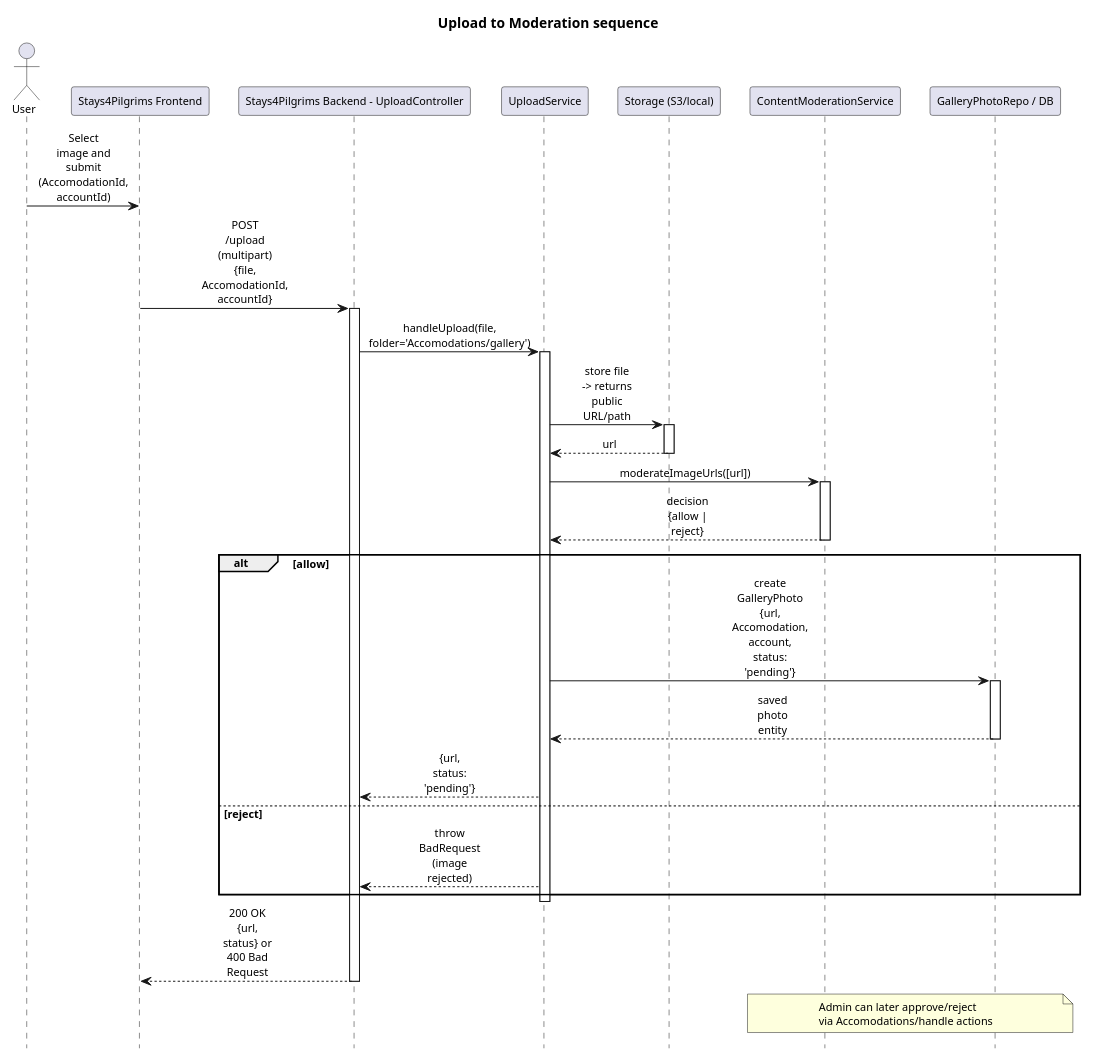
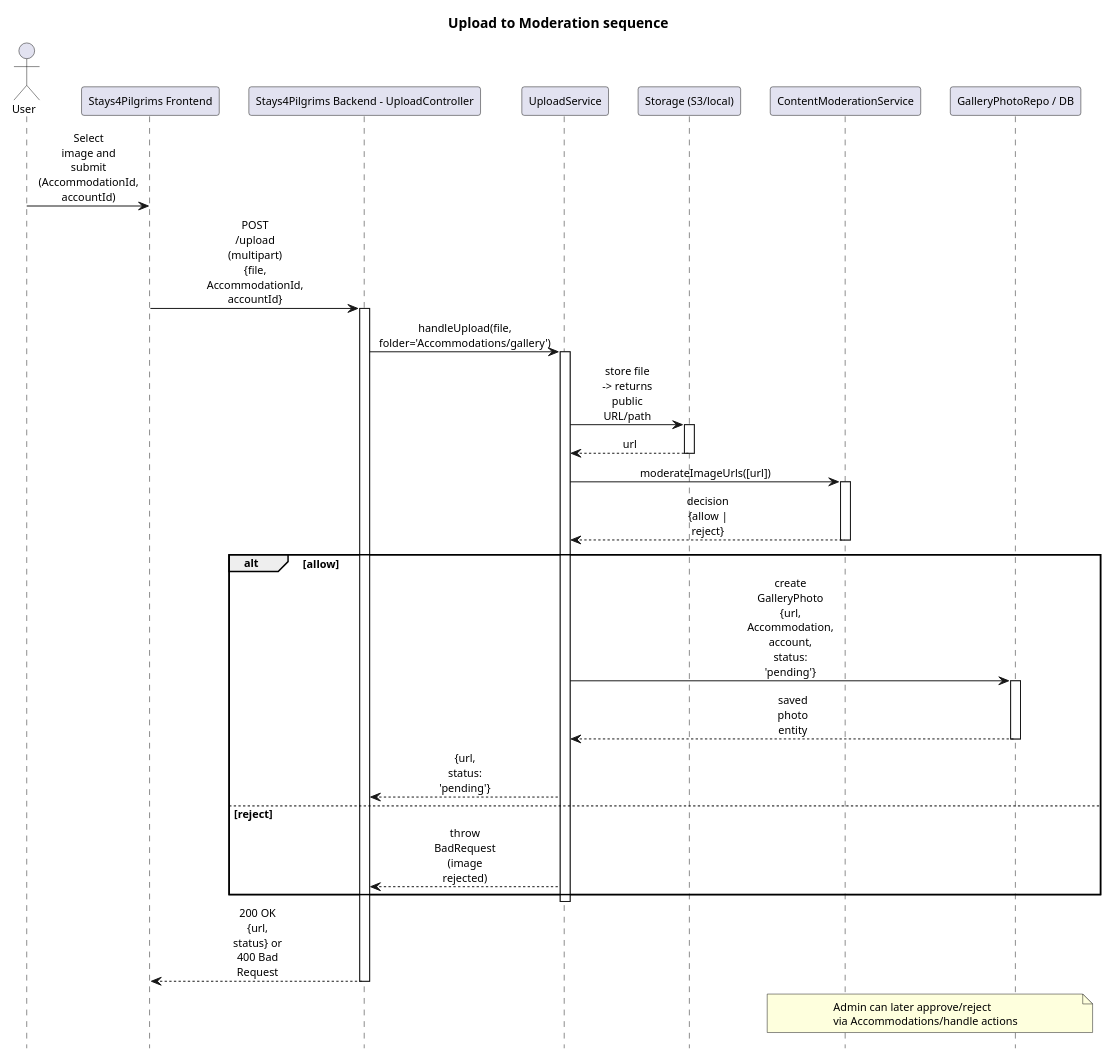
One commit to alegna83/cookbook-be changed the diagram in docs/diagrams/sequence-upload-moderation.puml. Above: the diagram before and after it, drawn with PlantUML. The commit also changed 14 other files, not shown here.

Commit message:
docs: update architecture diagrams and accommodation spelling

```diff
--- a/docs/diagrams/sequence-upload-moderation.puml
+++ b/docs/diagrams/sequence-upload-moderation.puml
@@ -1,50 +1,50 @@
 @startuml
 title Upload to Moderation sequence
 scale 0.85
 hide footbox
 skinparam defaultFontName Arial
 skinparam defaultFontSize 11
 skinparam maxMessageSize 55
 skinparam sequence {
   ParticipantPadding 10
   BoxPadding 8
   MessageAlign center
   ArrowThickness 1
 }
 actor User
 participant "Stays4Pilgrims Frontend" as FE
 participant "Stays4Pilgrims Backend - UploadController" as API
 participant "UploadService" as UP
 participant "Storage (S3/local)" as STORAGE
 participant "ContentModerationService" as MOD
 participant "GalleryPhotoRepo / DB" as GDB
 
-User -> FE: Select image and submit\n(AccomodationId, accountId)
-FE -> API: POST /upload (multipart)\n{file, AccomodationId, accountId}
+User -> FE: Select image and submit\n(AccommodationId, accountId)
+FE -> API: POST /upload (multipart)\n{file, AccommodationId, accountId}
 activate API
-API -> UP: handleUpload(file, folder='Accomodations/gallery')
+API -> UP: handleUpload(file, folder='Accommodations/gallery')
 activate UP
 UP -> STORAGE: store file -> returns public URL/path
 activate STORAGE
 STORAGE --> UP: url
 deactivate STORAGE
 UP -> MOD: moderateImageUrls([url])
 activate MOD
 MOD --> UP: decision {allow | reject}
 deactivate MOD
 alt allow
-  UP -> GDB: create GalleryPhoto {url, Accomodation, account, status: 'pending'}
+  UP -> GDB: create GalleryPhoto {url, Accommodation, account, status: 'pending'}
   activate GDB
   GDB --> UP: saved photo entity
   deactivate GDB
   UP --> API: {url, status: 'pending'}
 else reject
   UP --> API: throw BadRequest (image rejected)
 end
 deactivate UP
 API --> FE: 200 OK {url, status} or 400 Bad Request
 deactivate API
 
-note over GDB,MOD: Admin can later approve/reject\nvia Accomodations/handle actions
+note over GDB,MOD: Admin can later approve/reject\nvia Accommodations/handle actions
 
 @enduml
```
